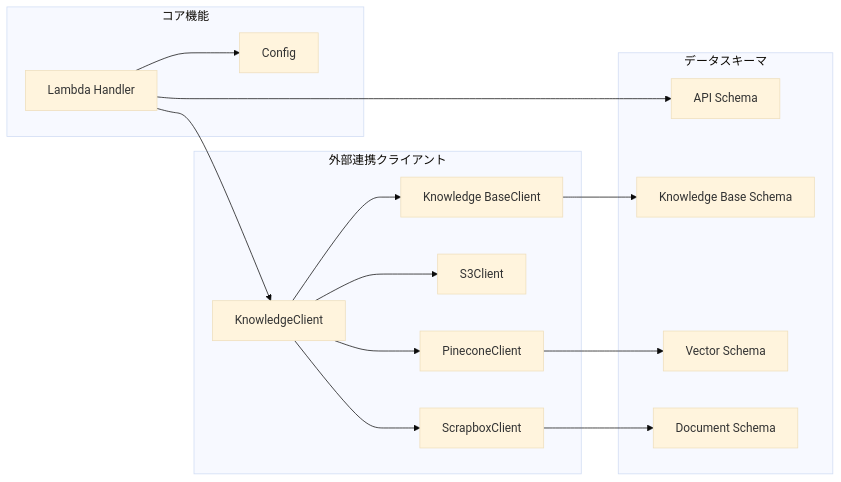
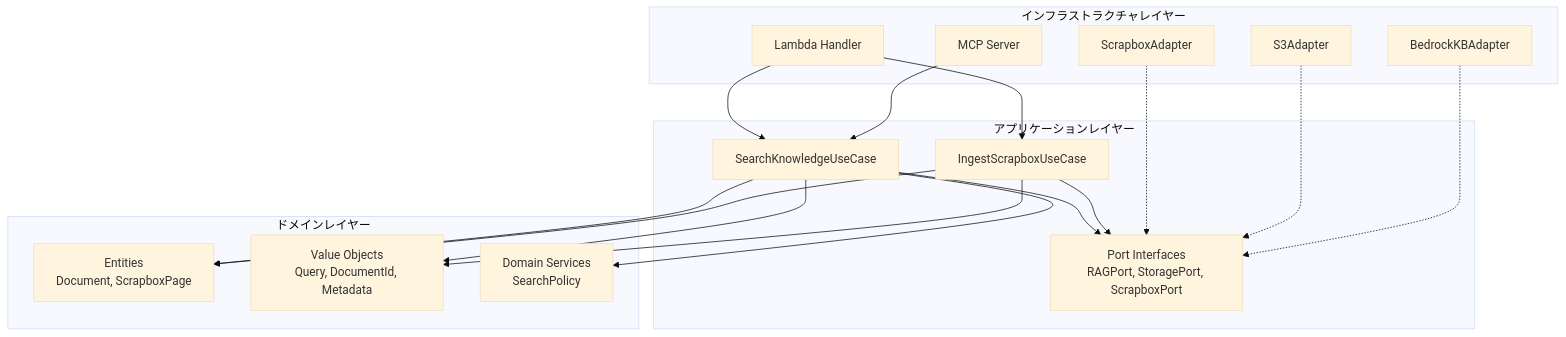
Before and after one commit to KJR020/lambda-knowledge-rag: the second of 6 diagrams in docs/DESIGN.md, drawn with Mermaid (base theme). The commit also changed other lines of this file, not shown here.

````diff
--- a/docs/DESIGN.md
+++ b/docs/DESIGN.md
@@ -69,34 +91,41 @@
 ```mermaid
-graph LR
-    subgraph Core["コア機能"]
+graph TB
+    subgraph "インフラストラクチャレイヤー"
+        SCRAPBOX[ScrapboxAdapter]
+        S3[S3Adapter]
+        KB[BedrockKBAdapter]
         HANDLER[Lambda Handler]
-        CONFIG[Config]
+        MCP[MCP Server]
     end
     
-    subgraph Clients["外部連携クライアント"]
-        SCRAPBOX_CLIENT[ScrapboxClient]
-        S3_CLIENT[S3Client]
-        KB_CLIENT[Knowledge BaseClient]
-        PINECONE_CLIENT[PineconeClient]
-        KNOWLEDGE_CLIENT[KnowledgeClient]
+    subgraph "アプリケーションレイヤー"
+        UC1[SearchKnowledgeUseCase]
+        UC2[IngestScrapboxUseCase]
+        PORTS[Port Interfaces<br/>RAGPort, StoragePort, ScrapboxPort]
     end
     
-    subgraph Schemas["データスキーマ"]
-        API_SCHEMA[API Schema]
-        KB_SCHEMA[Knowledge Base Schema]
-        VECTOR_SCHEMA[Vector Schema]
-        DOC_SCHEMA[Document Schema]
+    subgraph "ドメインレイヤー"
+        ENTITIES[Entities<br/>Document, ScrapboxPage]
+        VALUES[Value Objects<br/>Query, DocumentId, Metadata]
+        POLICIES[Domain Services<br/>SearchPolicy]
     end
     
-    HANDLER --> CONFIG
-    HANDLER --> KNOWLEDGE_CLIENT
-    KNOWLEDGE_CLIENT --> SCRAPBOX_CLIENT
-    KNOWLEDGE_CLIENT --> S3_CLIENT
-    KNOWLEDGE_CLIENT --> KB_CLIENT
-    KNOWLEDGE_CLIENT --> PINECONE_CLIENT
+    %% 依存関係の方向
+    HANDLER --> UC1
+    HANDLER --> UC2
+    MCP --> UC1
     
-    SCRAPBOX_CLIENT --> DOC_SCHEMA
-    KB_CLIENT --> KB_SCHEMA
-    PINECONE_CLIENT --> VECTOR_SCHEMA
-    HANDLER --> API_SCHEMA
+    UC1 --> ENTITIES
+    UC1 --> VALUES
+    UC1 --> POLICIES
+    UC1 --> PORTS
+    
+    UC2 --> ENTITIES
+    UC2 --> VALUES
+    UC2 --> PORTS
+    
+    %% アダプターがポートを実装（依存関係逆転）
+    SCRAPBOX -.-> PORTS
+    S3 -.-> PORTS
+    KB -.-> PORTS
 ```
````
